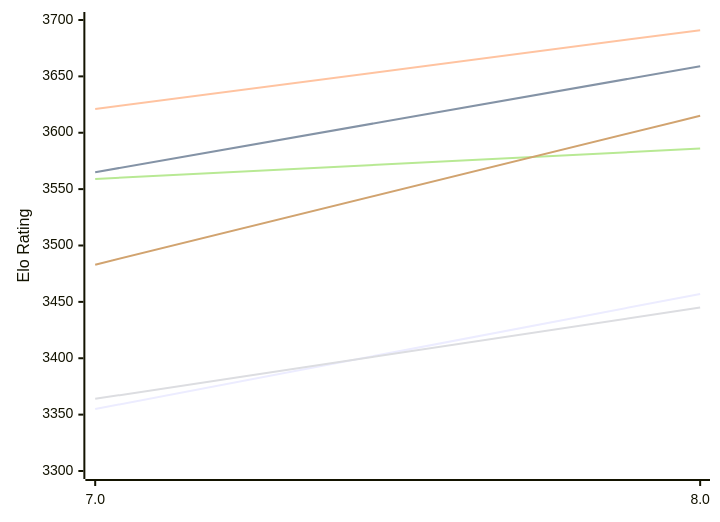
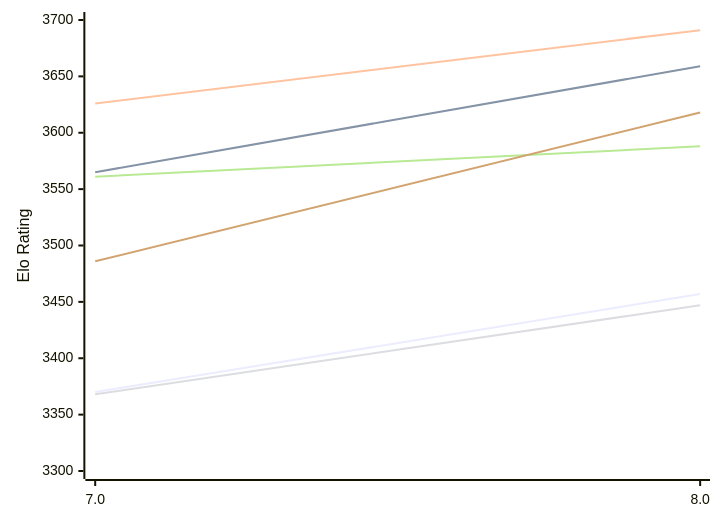
One commit to computer-chess-index/cci changed the first of 2 diagrams in engines/Integral.md. Above: the diagram before and after it, drawn with Mermaid. The commit also changed other lines of this file, not shown here.

Commit message:
Update CCI Ratings (ELO VLTC) - 2026-11-24

````diff
--- a/engines/Integral.md
+++ b/engines/Integral.md
@@ -50,12 +50,12 @@
 ```mermaid
 %%{init: {"theme":"base","themeVariables":{"seriesColors:['#a3a3a3','#222221','#faa371']}}}%%
 xychart-beta
   x-axis ["7.0", "8.0"]
   y-axis "Elo Rating" 3300 --> 3700
-  line "E1: STC (8.0+0.08s)" [3355, 3457]
+  line "E1: STC (8.0+0.08s)" [3370, 3457]
   line "E1: LTC (60.0+0.60s)" [3565, 3659]
-  line "E1: VLTC (2m24s+1.12s)" [3621, 3691]
-  line "P1: STC (8.0+0.08s)" [3364, 3445]
-  line "P1: LTC (60.0+0.60s)" [3559, 3586]
-  line "P1: VLTC (2m24s+1.12s)" [3483, 3615]
+  line "E1: VLTC (2m24s+1.12s)" [3626, 3691]
+  line "P1: STC (8.0+0.08s)" [3368, 3447]
+  line "P1: LTC (60.0+0.60s)" [3561, 3588]
+  line "P1: VLTC (2m24s+1.12s)" [3486, 3618]
 ```
````
